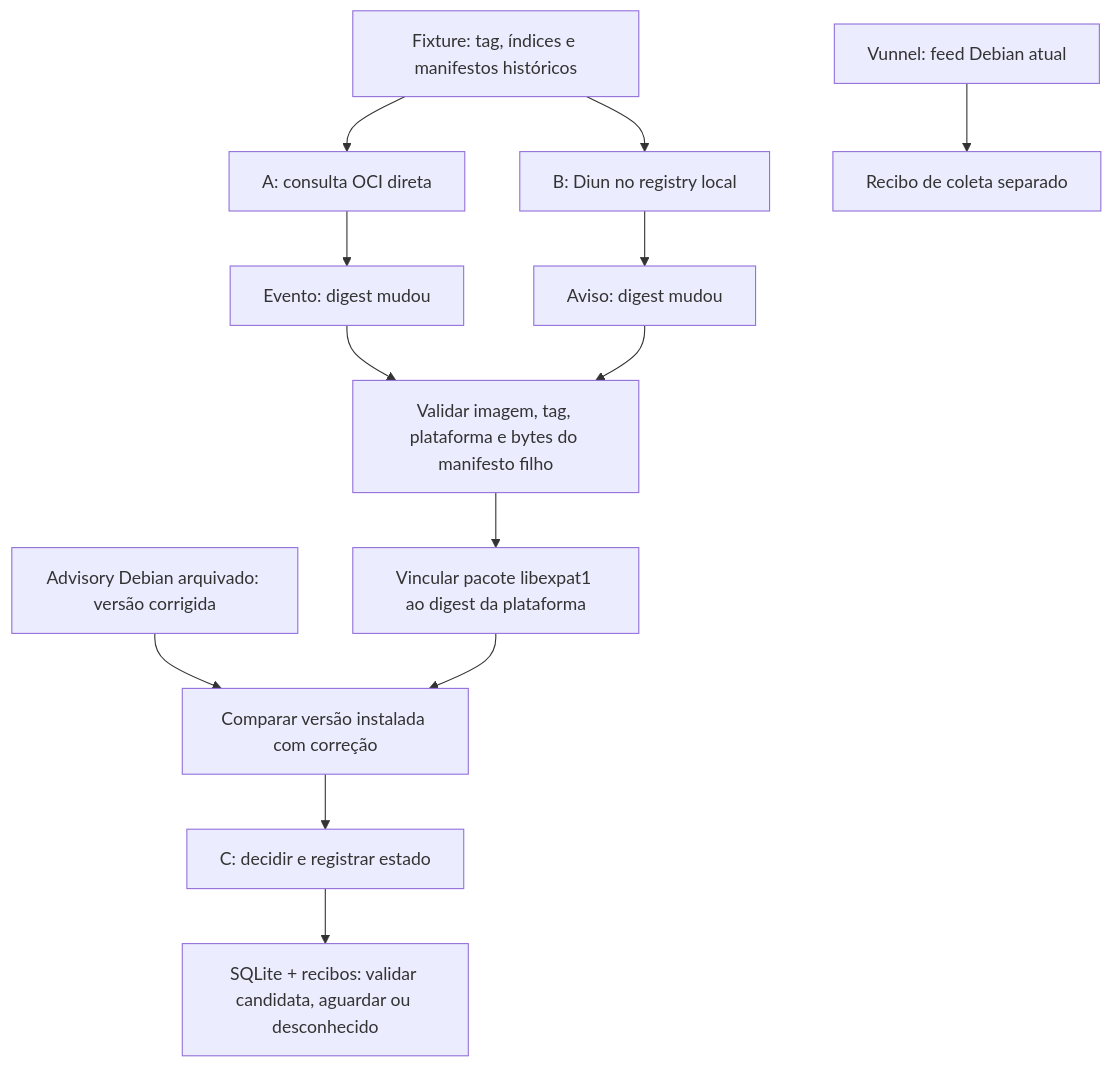
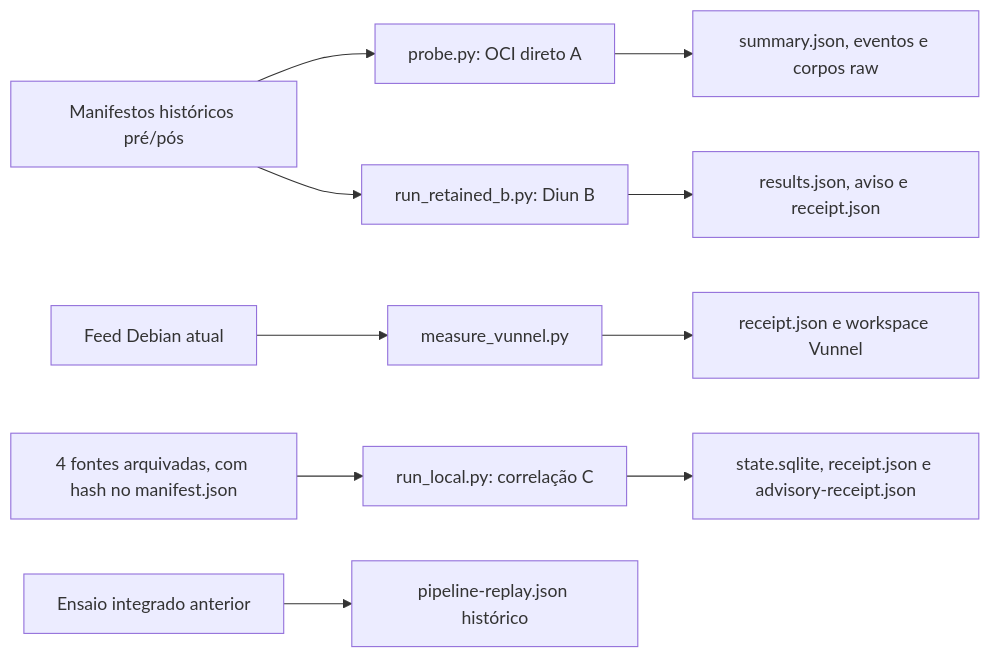
Before and after one commit to DavidFaustino/ssdlc-baseimage-hub: the diagram in docs/RUNBOOK.md, drawn with Mermaid. The commit also changed other lines of this file, not shown here.

````diff
--- a/docs/RUNBOOK.md
+++ b/docs/RUNBOOK.md
@@ -24,15 +22,12 @@
 ```mermaid
-flowchart TD
-  F["Fixture: tag, índices e manifestos históricos"] --> A["A: consulta OCI direta"]
-  F --> B["B: Diun no registry local"]
-  A --> E["Evento: digest mudou"]
-  B --> N["Aviso: digest mudou"]
-  E --> I["Validar imagem, tag, plataforma e bytes do manifesto filho"]
-  N --> I
-  I --> P["Vincular pacote libexpat1 ao digest da plataforma"]
-  D["Advisory Debian arquivado: versão corrigida"] --> Q["Comparar versão instalada com correção"]
-  P --> Q
-  Q --> C["C: decidir e registrar estado"]
-  C --> S["SQLite + recibos: validar candidata, aguardar ou desconhecido"]
-  V["Vunnel: feed Debian atual"] --> R["Recibo de coleta separado"]
+flowchart LR
+  H["Manifestos históricos pré/pós"] --> A["probe.py: OCI direto A"]
+  H --> B["run_retained_b.py: Diun B"]
+  A --> AR["summary.json, eventos e corpos raw"]
+  B --> BR["results.json, aviso e receipt.json"]
+  F["Feed Debian atual"] --> V["measure_vunnel.py"]
+  V --> VR["receipt.json e workspace Vunnel"]
+  X["4 fontes arquivadas, com hash no manifest.json"] --> C["run_local.py: correlação C"]
+  C --> CR["state.sqlite, receipt.json e advisory-receipt.json"]
+  O["Ensaio integrado anterior"] --> OR["pipeline-replay.json histórico"]
 ```
````
